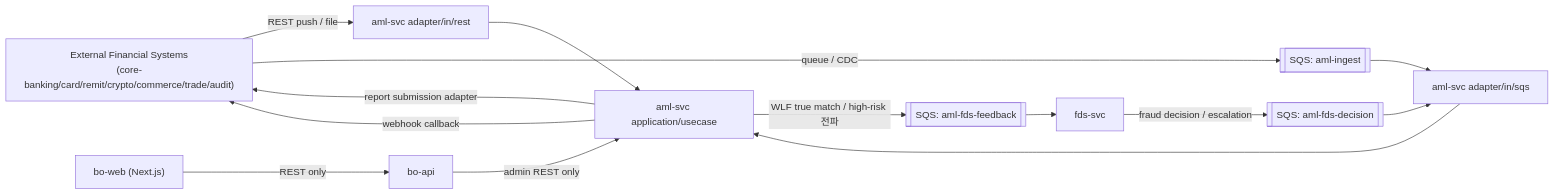
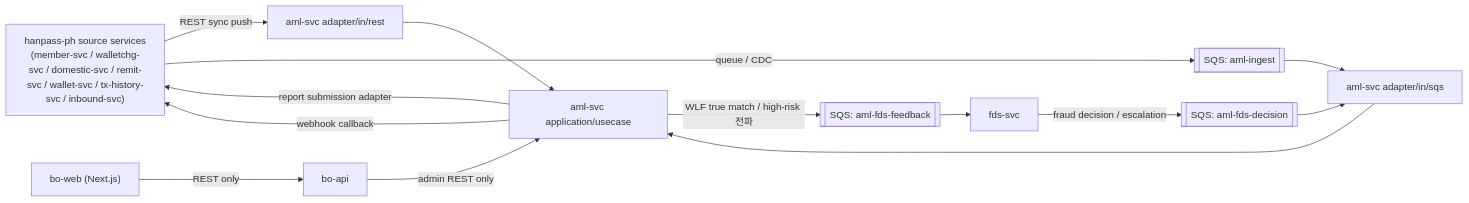
One commit to smkim89/aml-system-docs changed the first of 9 diagrams in docs/design/integration/02-aml-integration.md. Above: the diagram before and after it, drawn with Mermaid. The commit also changed other lines of this file and 3 other files, not shown here.

Commit message:
docs(aml): 데이터 레이어 hanpass-ph 재그라운딩 + TM 알림 evidence·거래·대상360° 재설계

````diff
--- a/docs/design/integration/02-aml-integration.md
+++ b/docs/design/integration/02-aml-integration.md
@@ -33,17 +33,17 @@
 ```mermaid
 flowchart LR
-    Ext["External Financial Systems<br/>(core-banking/card/remit/crypto/commerce/trade/audit)"]
-    Ext -->|REST push / file| AMLIN["aml-svc adapter/in/rest"]
+    Ext["hanpass-ph source services<br/>(member-svc / walletchg-svc / domestic-svc / remit-svc / wallet-svc / tx-history-svc / inbound-svc)"]
+    Ext -->|REST sync push| AMLIN["aml-svc adapter/in/rest"]
     Ext -->|queue / CDC| SQSIN[["SQS: aml-ingest"]]
     SQSIN --> AMLSQS["aml-svc adapter/in/sqs"]
     FDS["fds-svc"] -->|fraud decision / escalation| SQSFDS[["SQS: aml-fds-decision"]]
     SQSFDS --> AMLSQS
     AMLSQS --> AMLAPP["aml-svc application/usecase"]
     AMLIN --> AMLAPP
     AMLAPP -->|WLF true match / high-risk 전파| SQSOUT[["SQS: aml-fds-feedback"]]
     SQSOUT --> FDS
     AMLAPP -->|report submission adapter| Ext
     AMLAPP -->|webhook callback| Ext
     BOAPI["bo-api"] -->|admin REST only| AMLAPP
     BOWEB["bo-web (Next.js)"] -->|REST only| BOAPI
 ```
````
